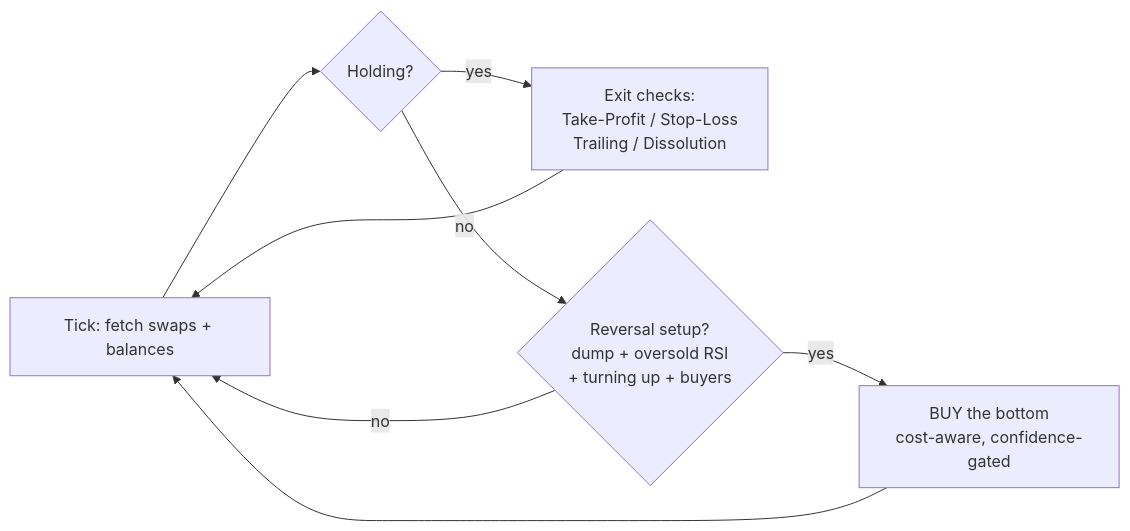
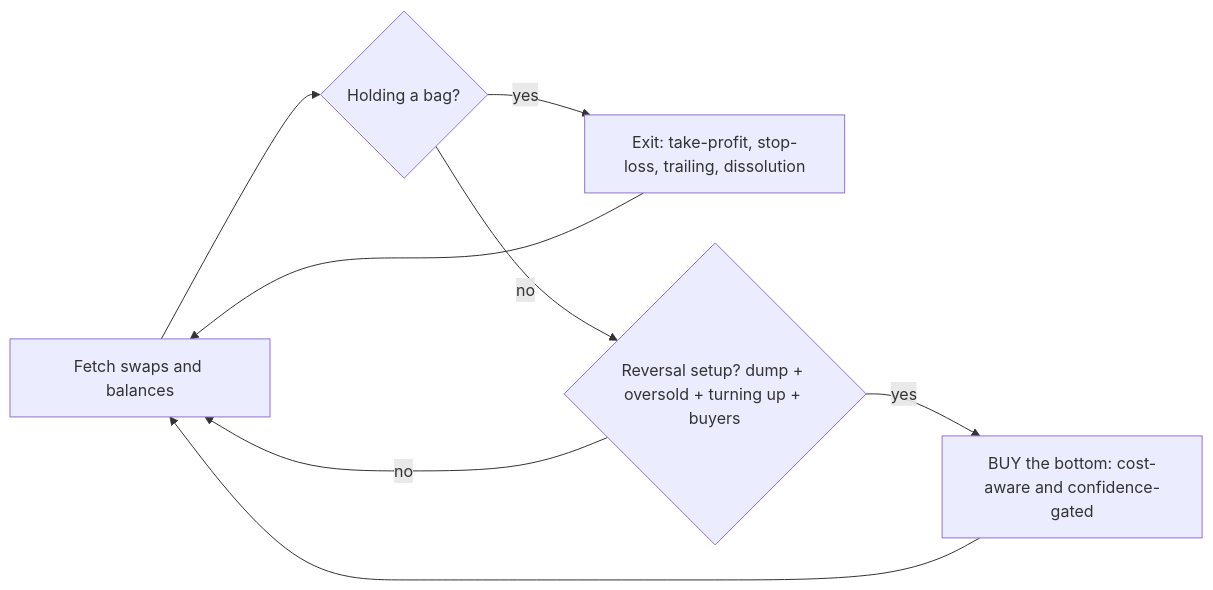
Before and after one commit to L-KH/PvP-Agent-Trading-Competition: the diagram in README.md, drawn with Mermaid.

Commit message:
docs: render decision-loop diagram cleanly on GitHub

````diff
--- a/README.md
+++ b/README.md
@@ -60,10 +60,10 @@
 ```mermaid
 flowchart LR
-    A[Tick: fetch swaps + balances] --> B{Holding?}
-    B -- yes --> E[Exit checks:\nTake-Profit / Stop-Loss\nTrailing / Dissolution]
-    B -- no --> C{Reversal setup?\ndump + oversold RSI\n+ turning up + buyers}
-    C -- yes --> D[BUY the bottom\ncost-aware, confidence-gated]
+    A[Fetch swaps and balances] --> B{Holding a bag?}
+    B -- yes --> E[Exit: take-profit, stop-loss, trailing, dissolution]
+    B -- no --> C{Reversal setup? dump + oversold + turning up + buyers}
+    C -- yes --> D[BUY the bottom: cost-aware and confidence-gated]
     C -- no --> A
     E --> A
     D --> A
 ```
````
